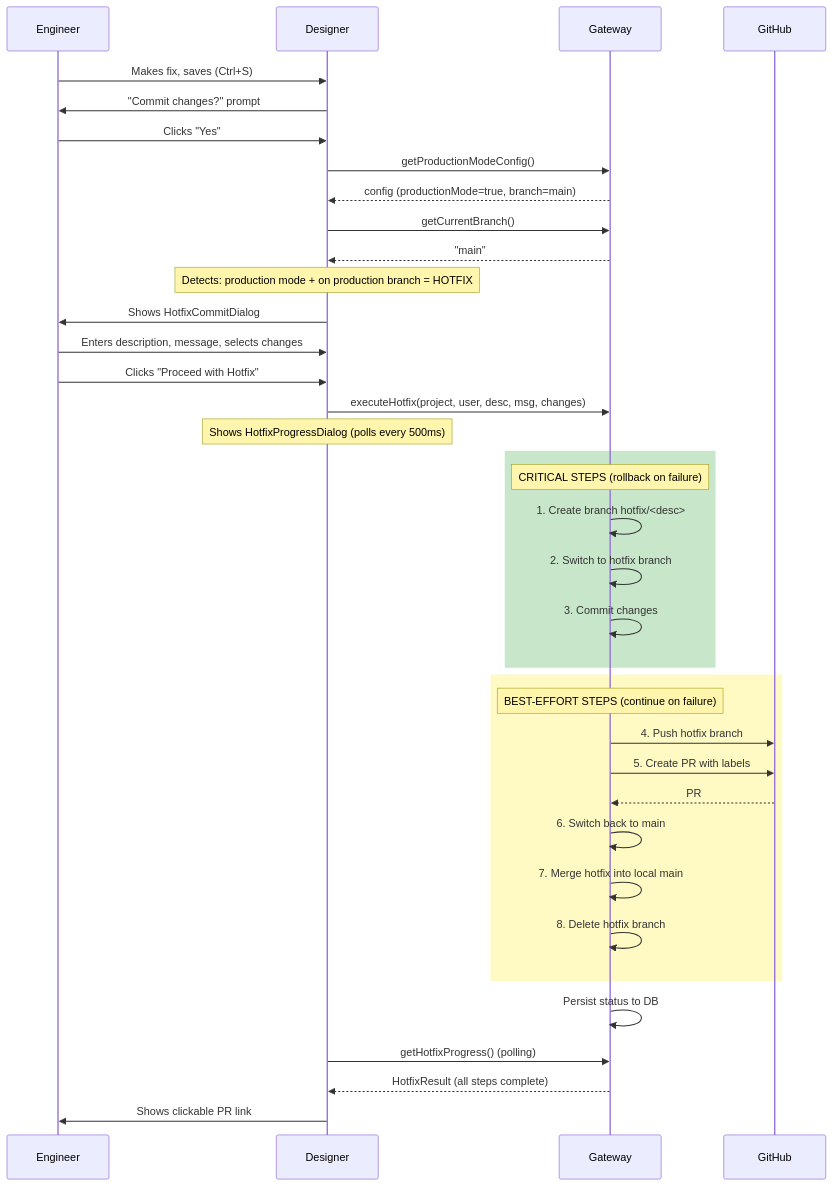
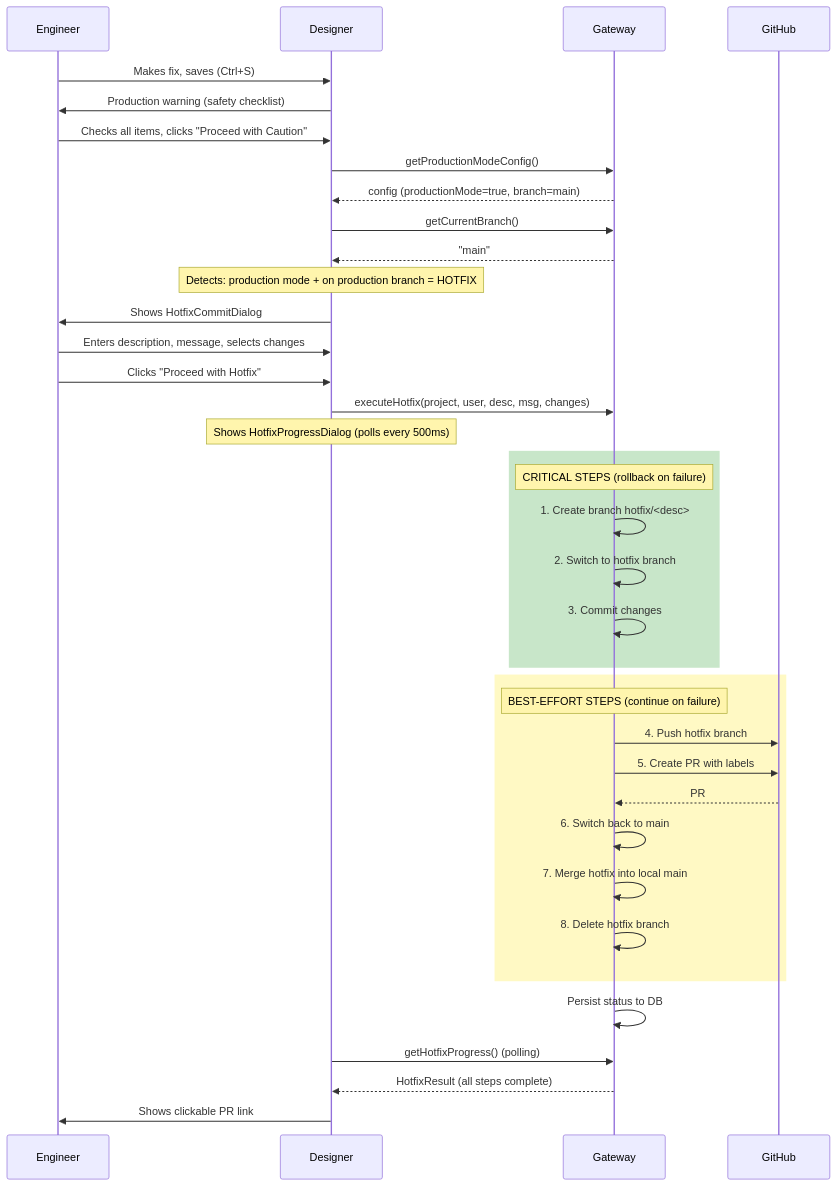
The fourth of 7 diagrams in docs/production-mode.md (WhiskeyHouse/ignition-git-module), drawn with Mermaid before and after one commit. The commit also changed other lines of this file and 4 other files, not shown here.

First line of the commit message:
Production mode: warn at save time, auto-commit and auto-push (#33)

````diff
--- a/docs/production-mode.md
+++ b/docs/production-mode.md
@@ -178,48 +181,48 @@
 ```mermaid
 sequenceDiagram
     participant E as Engineer
     participant D as Designer
     participant G as Gateway
     participant GH as GitHub
 
     E->>D: Makes fix, saves (Ctrl+S)
-    D->>E: "Commit changes?" prompt
-    E->>D: Clicks "Yes"
+    D->>E: Production warning (safety checklist)
+    E->>D: Checks all items, clicks "Proceed with Caution"
 
     D->>G: getProductionModeConfig()
     G-->>D: config (productionMode=true, branch=main)
     D->>G: getCurrentBranch()
     G-->>D: "main"
 
     Note over D: Detects: production mode + on production branch = HOTFIX
 
     D->>E: Shows HotfixCommitDialog
     E->>D: Enters description, message, selects changes
     E->>D: Clicks "Proceed with Hotfix"
 
     D->>G: executeHotfix(project, user, desc, msg, changes)
 
     Note over D: Shows HotfixProgressDialog (polls every 500ms)
 
     rect rgb(200, 230, 201)
         Note over G: CRITICAL STEPS (rollback on failure)
         G->>G: 1. Create branch hotfix/<desc>
         G->>G: 2. Switch to hotfix branch
         G->>G: 3. Commit changes
     end
 
     rect rgb(255, 249, 196)
         Note over G: BEST-EFFORT STEPS (continue on failure)
         G->>GH: 4. Push hotfix branch
         G->>GH: 5. Create PR with labels
         GH-->>G: PR #42 URL
         G->>G: 6. Switch back to main
         G->>G: 7. Merge hotfix into local main
         G->>G: 8. Delete hotfix branch
     end
 
     G->>G: Persist status to DB
     D->>G: getHotfixProgress() (polling)
     G-->>D: HotfixResult (all steps complete)
     D->>E: Shows clickable PR link
 ```
````
